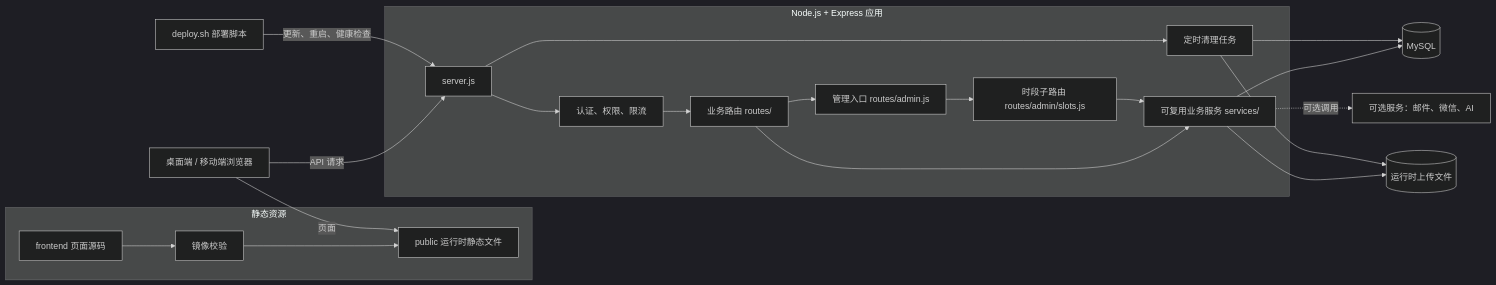
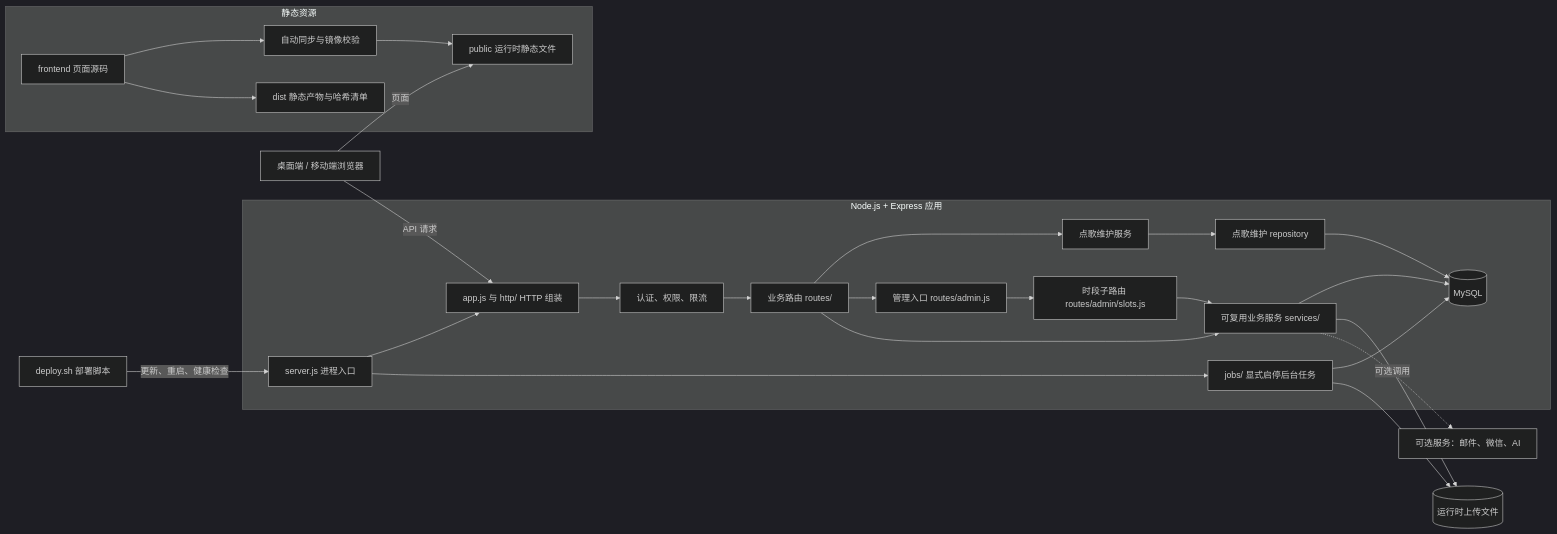
One commit to Jay071023/school_wall changed the diagram in README.md. Above: the diagram before and after it, drawn with Mermaid (dark theme). The commit also changed other lines of this file and 9 other files, not shown here.

````diff
--- a/README.md
+++ b/README.md
@@ -67,40 +67,46 @@
 ```mermaid
 flowchart LR
   browser[桌面端 / 移动端浏览器]
 
   subgraph static[静态资源]
     source[frontend 页面源码]
-    mirror[镜像校验]
+    mirror[自动同步与镜像校验]
     runtime[public 运行时静态文件]
     source --> mirror --> runtime
+    source --> artifact[dist 静态产物与哈希清单]
   end
 
   subgraph app[Node.js + Express 应用]
-    server[server.js]
+    server[server.js 进程入口]
+    http[app.js 与 http/ HTTP 组装]
+    maintenance[点歌维护服务]
+    repository[点歌维护 repository]
     middleware[认证、权限、限流]
     routes[业务路由 routes/]
     admin[管理入口 routes/admin.js]
     slots[时段子路由 routes/admin/slots.js]
     services[可复用业务服务 services/]
-    cleanup[定时清理任务]
-    server --> middleware --> routes
+    cleanup[jobs/ 显式启停后台任务]
+    server --> http --> middleware --> routes
+    routes --> maintenance --> repository
+    repository --> database
     routes --> admin --> slots
     routes --> services
     slots --> services
     server --> cleanup
   end
 
   database[(MySQL)]
   uploads[(运行时上传文件)]
   integrations[可选服务：邮件、微信、AI]
   deploy[deploy.sh 部署脚本]
 
   browser -->|页面| runtime
-  browser -->|API 请求| server
+  browser -->|API 请求| http
   services --> database
   services --> uploads
   cleanup --> database
   cleanup --> uploads
   services -. 可选调用 .-> integrations
   deploy -->|更新、重启、健康检查| server
 ```
````
